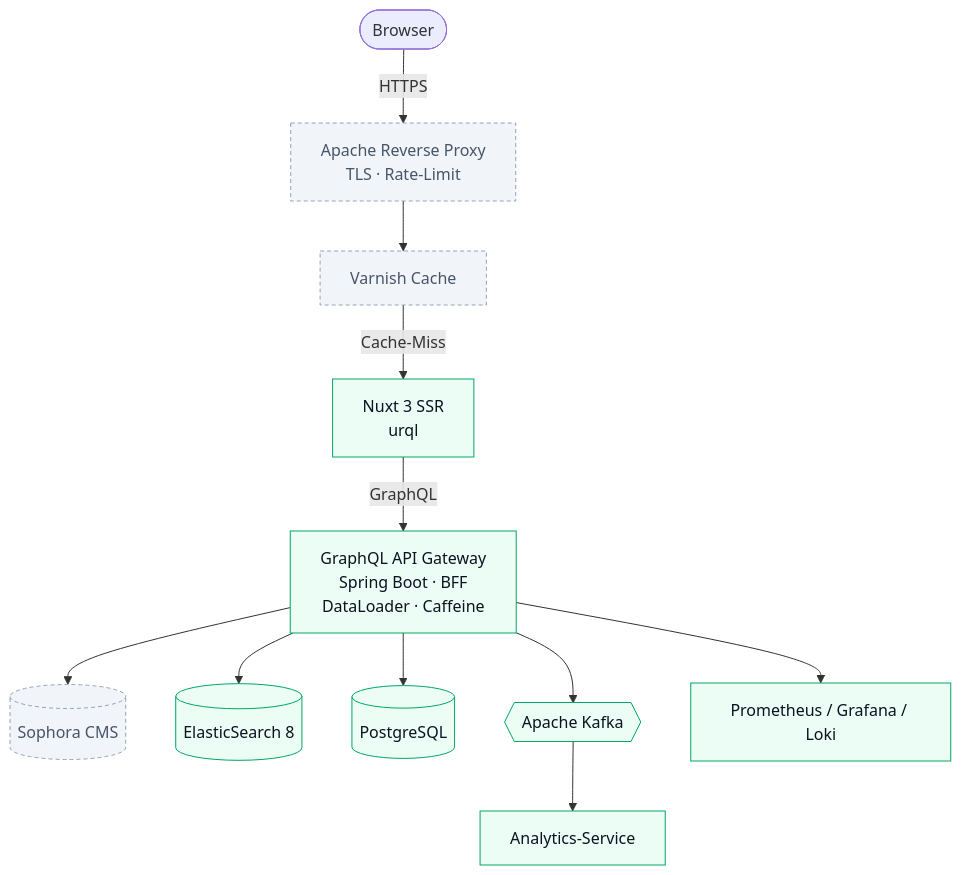
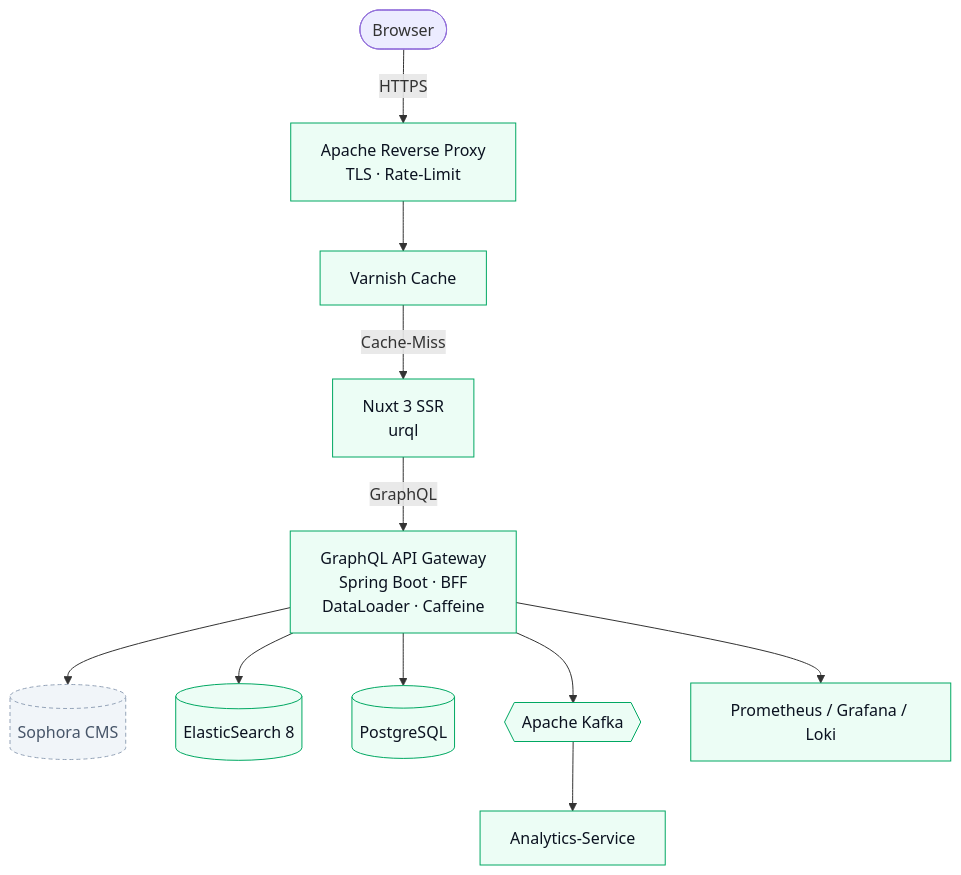
Before and after one commit to AdrianDeutsch/newscore: the diagram in README.md, drawn with Mermaid. The commit also changed other lines of this file and 14 other files, not shown here.

First line of the commit message:
feat(edge): add Varnish cache and Apache reverse proxy with event-driven PURGE

````diff
--- a/README.md
+++ b/README.md
@@ -60,18 +61,18 @@
 ```mermaid
 flowchart TD
     User([Browser]) -->|HTTPS| Apache[Apache Reverse Proxy<br/>TLS · Rate-Limit]
     Apache --> Varnish[Varnish Cache]
     Varnish -->|Cache-Miss| Nuxt[Nuxt 3 SSR<br/>urql]
     Nuxt -->|GraphQL| GW[GraphQL API Gateway<br/>Spring Boot · BFF<br/>DataLoader · Caffeine]
     GW --> CMS[(Sophora CMS)]
     GW --> ES[(ElasticSearch 8)]
     GW --> PG[(PostgreSQL)]
     GW --> Kafka{{Apache Kafka}}
     Kafka --> Analytics[Analytics-Service]
     GW --> Prom[Prometheus / Grafana / Loki]
 
     classDef done fill:#ecfdf5,stroke:#00a862,color:#0b1220;
     classDef soon fill:#f1f5f9,stroke:#94a3b8,color:#475569,stroke-dasharray:4 3;
-    class Nuxt,GW,ES,Kafka,Analytics,PG,Prom done;
-    class Apache,Varnish,CMS soon;
+    class Nuxt,GW,ES,Kafka,Analytics,PG,Prom,Apache,Varnish done;
+    class CMS soon;
 ```
````
